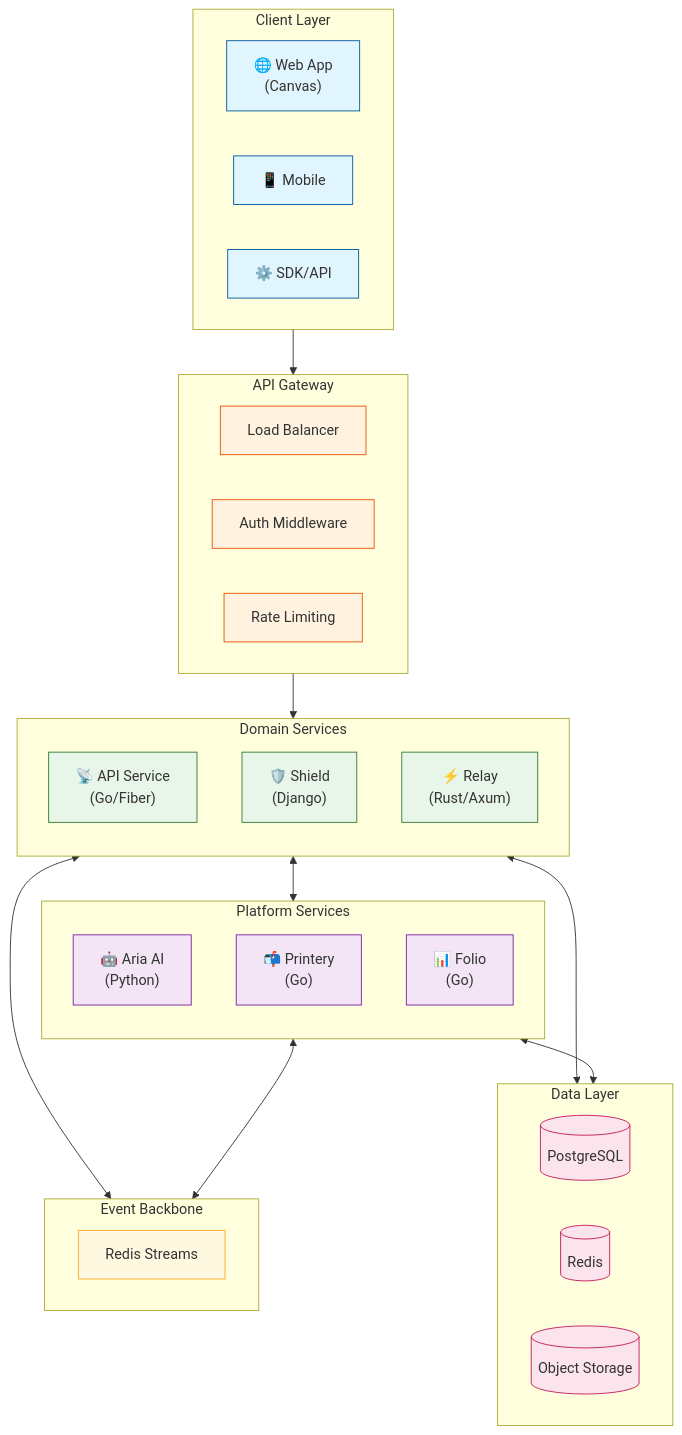
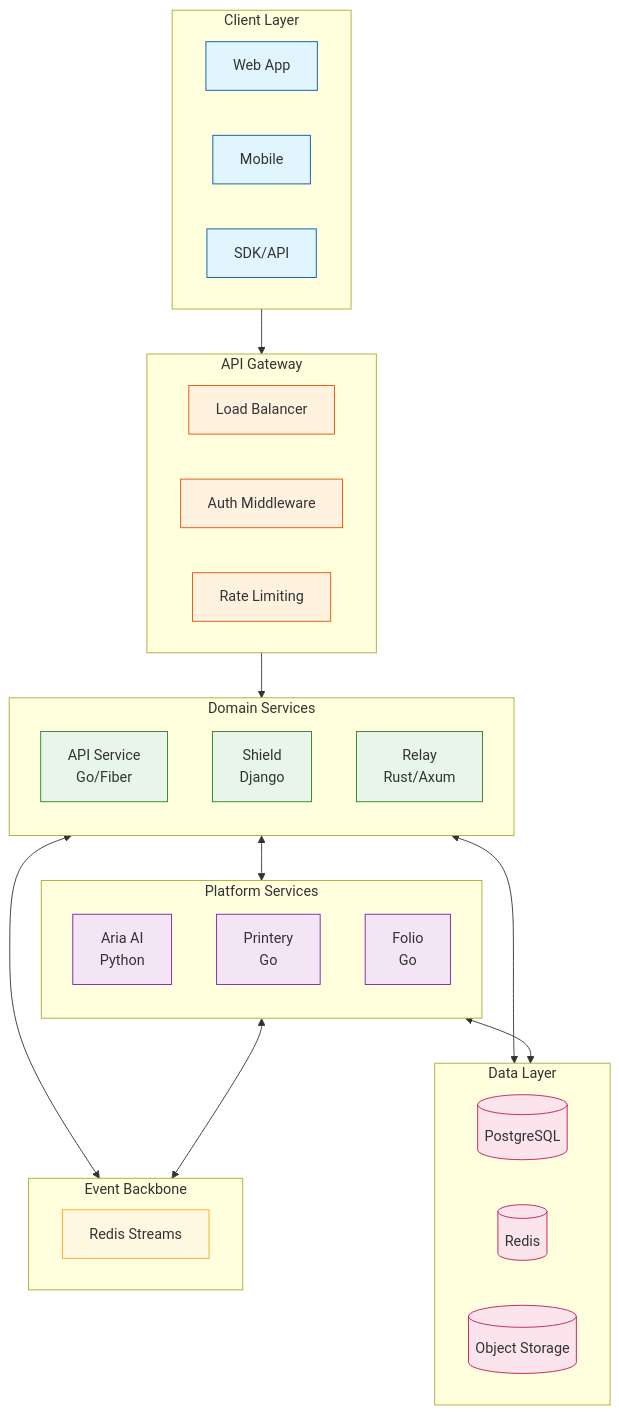
Before and after one commit to materi-ai/atlas: the first of 5 diagrams in index.mdx, drawn with Mermaid. The commit also changed other lines of this file, not shown here.

````diff
--- a/index.mdx
+++ b/index.mdx
@@ -32,63 +26,63 @@
 ```mermaid
 flowchart TB
     subgraph Clients["Client Layer"]
         direction LR
-        WEB["🌐 Web App<br/>(Canvas)"]
-        MOBILE["📱 Mobile"]
-        SDK["⚙️ SDK/API"]
+        WEB["Web App"]
+        MOBILE["Mobile"]
+        SDK["SDK/API"]
     end
 
     subgraph Gateway["API Gateway"]
         direction LR
         LB["Load Balancer"]
         AUTH["Auth Middleware"]
         RATE["Rate Limiting"]
     end
 
     subgraph Domain["Domain Services"]
         direction TB
-        API["📡 API Service<br/>(Go/Fiber)"]
-        SHIELD["🛡️ Shield<br/>(Django)"]
-        RELAY["⚡ Relay<br/>(Rust/Axum)"]
+        API["API Service<br/>Go/Fiber"]
+        SHIELD["Shield<br/>Django"]
+        RELAY["Relay<br/>Rust/Axum"]
     end
 
     subgraph Platform["Platform Services"]
         direction TB
-        ARIA["🤖 Aria AI<br/>(Python)"]
-        PRINTERY["📬 Printery<br/>(Go)"]
-        FOLIO["📊 Folio<br/>(Go)"]
+        ARIA["Aria AI<br/>Python"]
+        PRINTERY["Printery<br/>Go"]
+        FOLIO["Folio<br/>Go"]
     end
 
     subgraph Data["Data Layer"]
         direction LR
         PG[("PostgreSQL")]
         REDIS[("Redis")]
         S3[("Object Storage")]
     end
 
     subgraph Events["Event Backbone"]
         STREAM["Redis Streams"]
     end
 
     Clients --> Gateway
     Gateway --> Domain
     Domain <--> Platform
     Domain <--> Data
     Domain <--> Events
     Platform <--> Events
     Platform <--> Data
 
     classDef client fill:#e1f5fe,stroke:#01579b
     classDef gateway fill:#fff3e0,stroke:#e65100
     classDef domain fill:#e8f5e9,stroke:#2e7d32
     classDef platform fill:#f3e5f5,stroke:#7b1fa2
     classDef data fill:#fce4ec,stroke:#c2185b
     classDef events fill:#fff8e1,stroke:#f9a825
 
     class WEB,MOBILE,SDK client
     class LB,AUTH,RATE gateway
     class API,SHIELD,RELAY domain
     class ARIA,PRINTERY,FOLIO platform
     class PG,REDIS,S3 data
     class STREAM events
 ```
````
